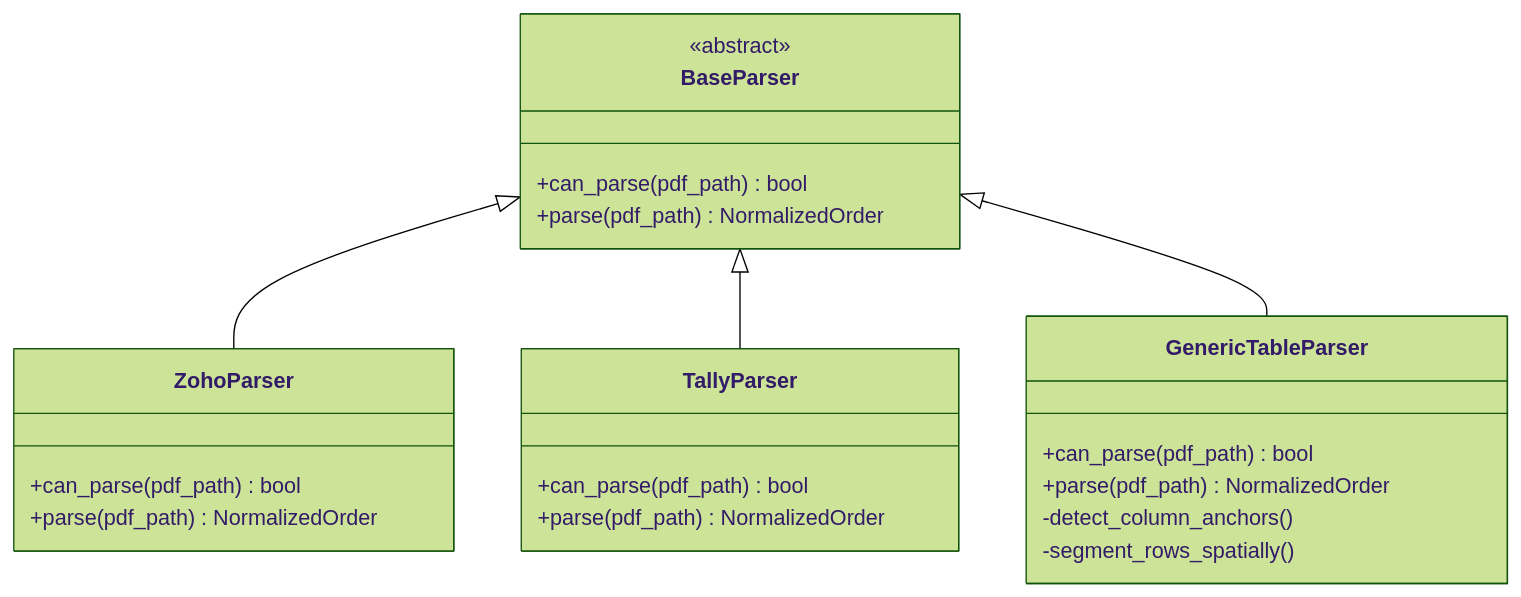
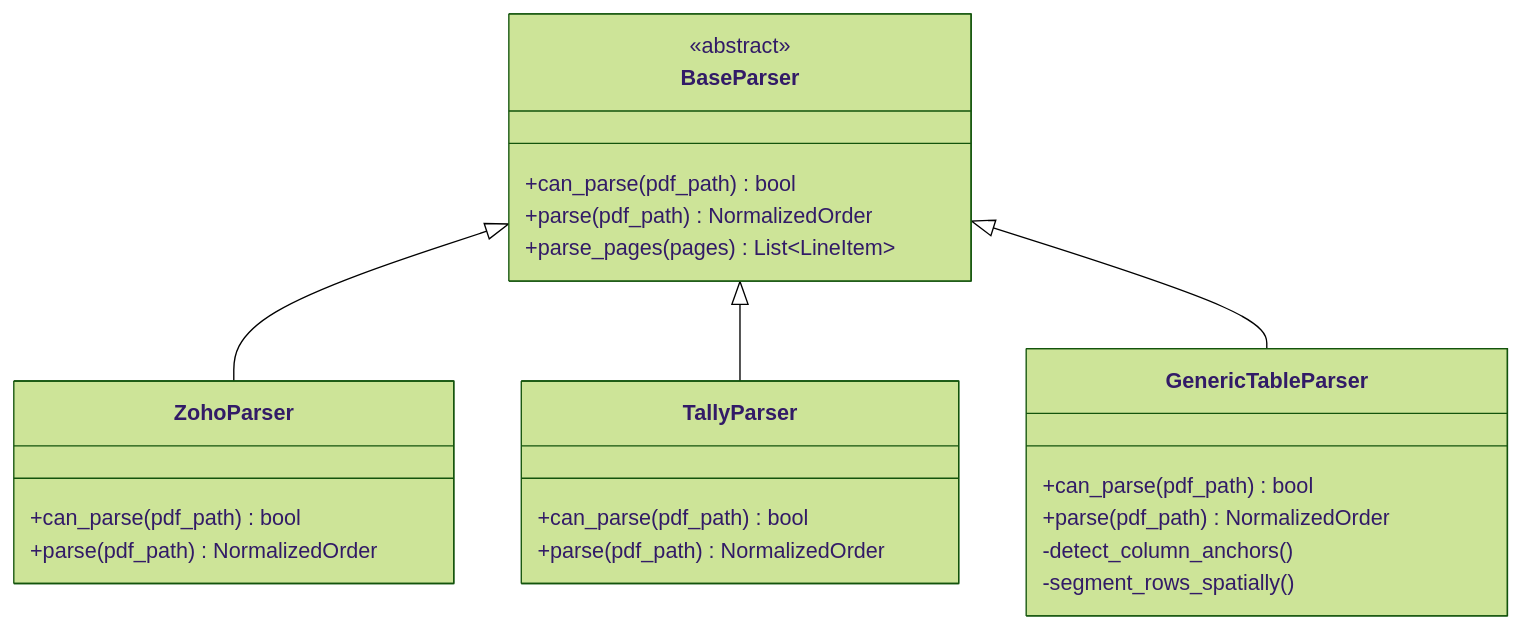
One commit to skr2270/PDF-Consolidator changed the diagram in docs/parsers_spec.md. Above: the diagram before and after it, drawn with Mermaid (forest theme). The commit also changed other lines of this file and 9 other files, not shown here.

````diff
--- a/docs/parsers_spec.md
+++ b/docs/parsers_spec.md
@@ -18,29 +41,30 @@
 ```mermaid
 classDiagram
     class BaseParser {
         <<abstract>>
         +can_parse(pdf_path) bool
         +parse(pdf_path) NormalizedOrder
+        +parse_pages(pages) List~LineItem~
     }
 
     class ZohoParser {
         +can_parse(pdf_path) bool
         +parse(pdf_path) NormalizedOrder
     }
 
     class TallyParser {
         +can_parse(pdf_path) bool
         +parse(pdf_path) NormalizedOrder
     }
 
     class GenericTableParser {
         +can_parse(pdf_path) bool
         +parse(pdf_path) NormalizedOrder
         -detect_column_anchors()
         -segment_rows_spatially()
     }
 
     BaseParser <|-- ZohoParser
     BaseParser <|-- TallyParser
     BaseParser <|-- GenericTableParser
 ```
````
